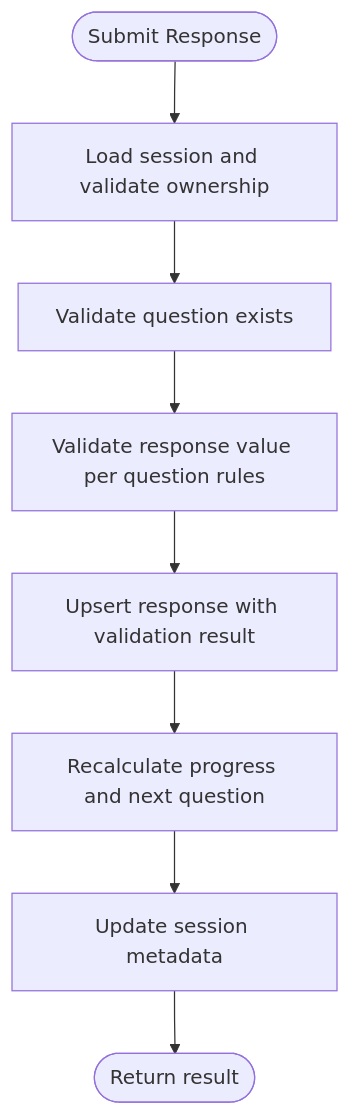
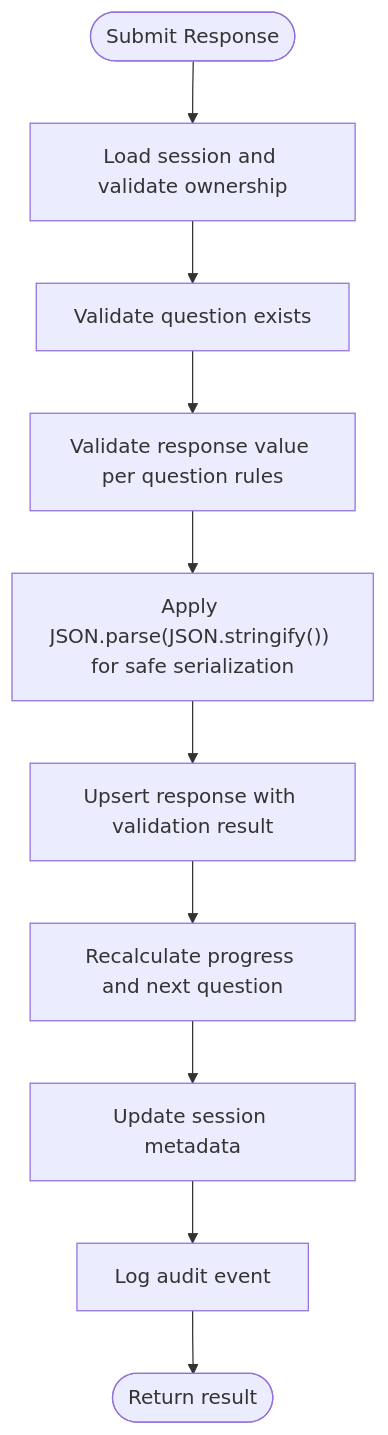
The fourth of 8 diagrams in .qoder/repowiki/en/content/Advanced Topics/Security Hardening.md (Avi-Bendetsky/Quiz-to-build), drawn with Mermaid before and after one commit. The commit also changed other lines of this file and 41 other files, not shown here.

````diff
--- a/.qoder/repowiki/en/content/Advanced Topics/Security Hardening.md
+++ b/.qoder/repowiki/en/content/Advanced Topics/Security Hardening.md
@@ -184,10 +244,12 @@
 ```mermaid
 flowchart TD
 Start(["Submit Response"]) --> LoadSession["Load session and validate ownership"]
 LoadSession --> ValidateQuestion["Validate question exists"]
 ValidateQuestion --> ValidateValue["Validate response value per question rules"]
-ValidateValue --> UpsertResponse["Upsert response with validation result"]
+ValidateValue --> SafeSerialization["Apply JSON.parse(JSON.stringify()) for safe serialization"]
+SafeSerialization --> UpsertResponse["Upsert response with validation result"]
 UpsertResponse --> Recalculate["Recalculate progress and next question"]
 Recalculate --> UpdateSession["Update session metadata"]
-UpdateSession --> Done(["Return result"])
+UpdateSession --> AuditTrail["Log audit event"]
+AuditTrail --> Done(["Return result"])
 ```
````
